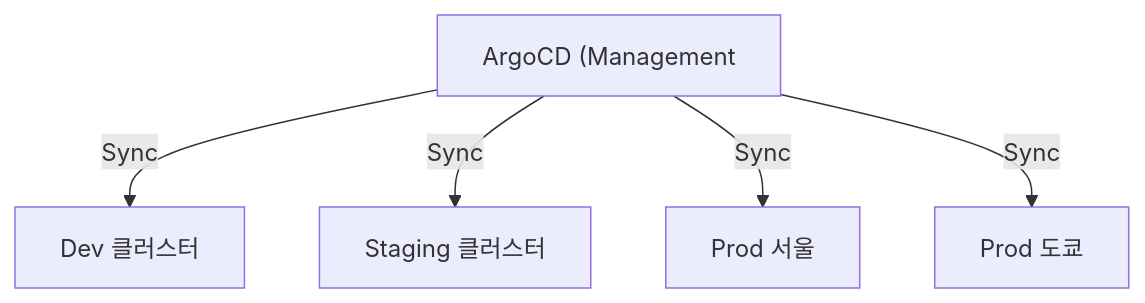
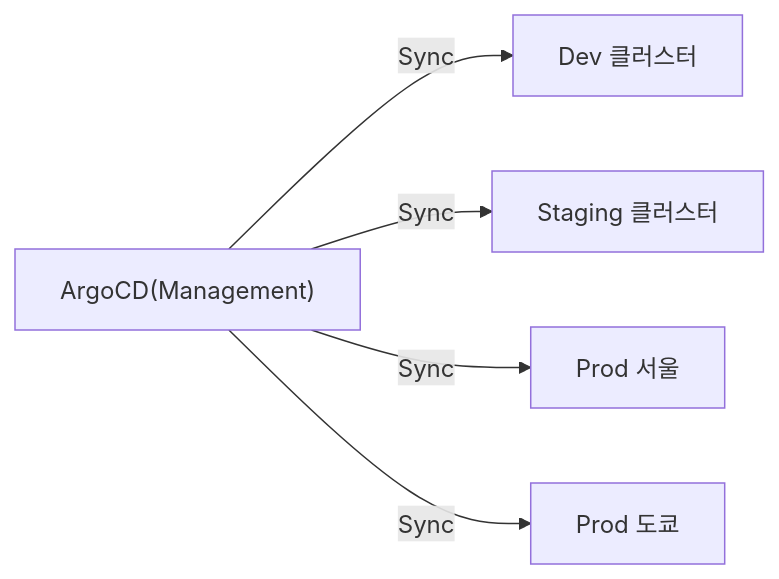
The sixth of 7 diagrams in _posts/cicd/2026-05-03-gitops-argocd.md (yjkim2015/yjkim2015.github.io), drawn with Mermaid before and after one commit. The commit also changed other lines of this file and 84 other files, not shown here.

First line of the commit message:
85개 포스트 Mermaid 다이어그램 규칙 일괄 수정

````diff
--- a/_posts/cicd/2026-05-03-gitops-argocd.md
+++ b/_posts/cicd/2026-05-03-gitops-argocd.md
@@ -329,12 +335,12 @@
 ```mermaid
-graph TB
-    ARGO["ArgoCD (Management"]
+graph LR
+    ARGO["ArgoCD(Management)"]
     DEV["Dev 클러스터"]
     STG["Staging 클러스터"]
     PROD_KR["Prod 서울"]
     PROD_JP["Prod 도쿄"]
     ARGO -->|"Sync"| DEV
     ARGO -->|"Sync"| STG
     ARGO -->|"Sync"| PROD_KR
     ARGO -->|"Sync"| PROD_JP
 ```
````
